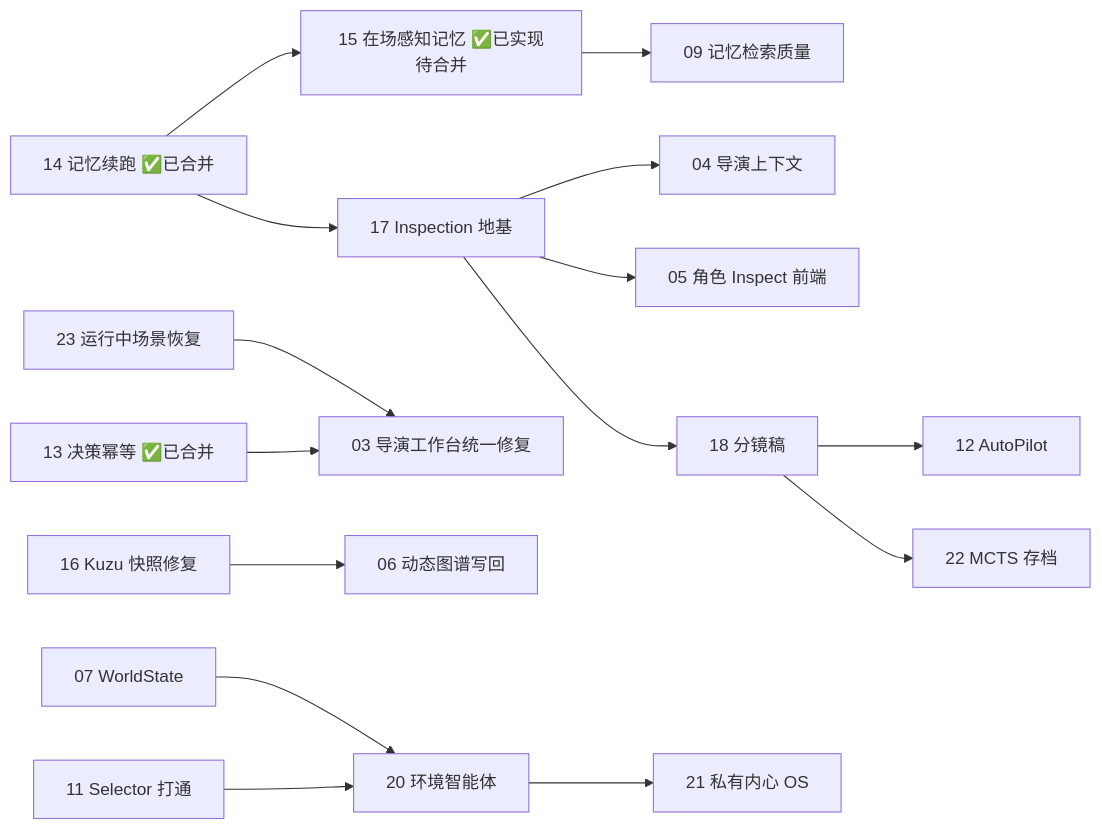
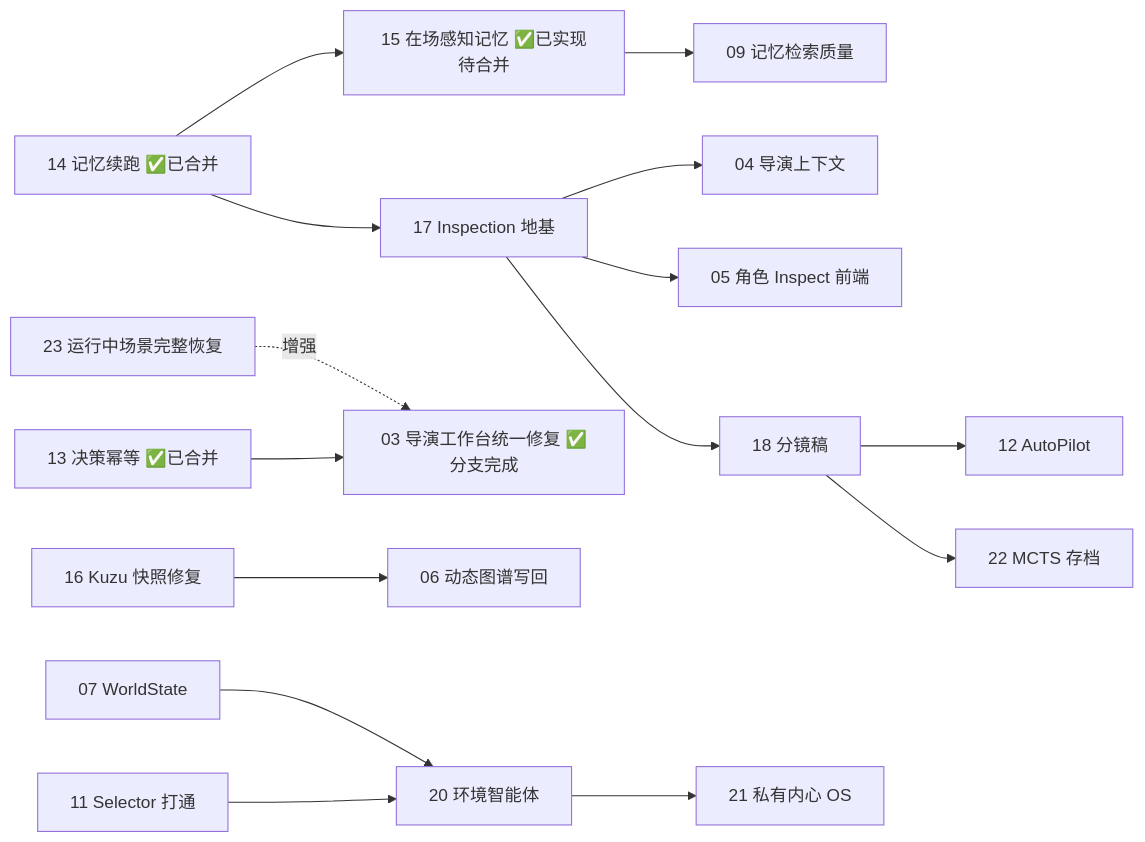
Before and after one commit to YuanPeixi/PlotSystem2: the diagram in docs/fix-tickets/README.md, drawn with Mermaid. The commit also changed other lines of this file and 17 other files, not shown here.

````diff
--- a/docs/fix-tickets/README.md
+++ b/docs/fix-tickets/README.md
@@ -164,17 +165,17 @@
 ```mermaid
 graph LR
   T14[14 记忆续跑 ✅已合并] --> T15[15 在场感知记忆 ✅已实现待合并]
   T14 --> T17[17 Inspection 地基]
   T15 --> T09[09 记忆检索质量]
-  T23[23 运行中场景恢复] --> T03[03 导演工作台统一修复]
+  T23[23 运行中场景完整恢复] -.增强.-> T03[03 导演工作台统一修复 ✅分支完成]
   T13[13 决策幂等 ✅已合并] --> T03
   T16[16 Kuzu 快照修复] --> T06[06 动态图谱写回]
   T17 --> T04[04 导演上下文]
   T17 --> T05[05 角色 Inspect 前端]
   T17 --> T18[18 分镜稿]
   T18 --> T12[12 AutoPilot]
   T18 --> T22[22 MCTS 存档]
   T07[07 WorldState] --> T20[20 环境智能体]
   T11[11 Selector 打通] --> T20
   T20 --> T21[21 私有内心 OS]
 ```
````
